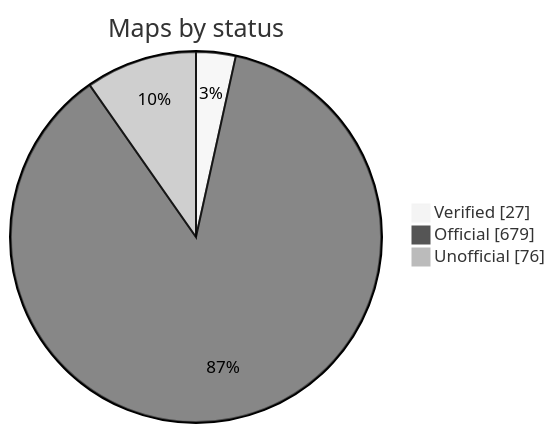
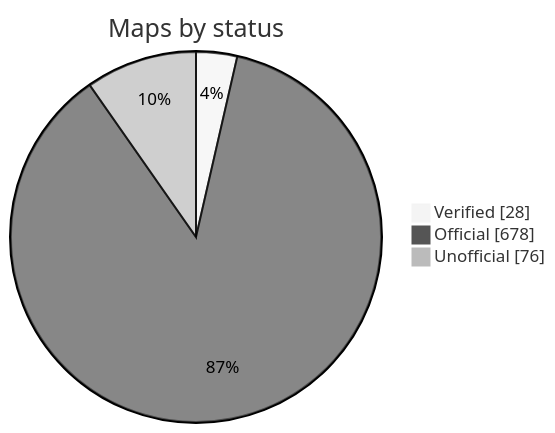
The diagram in README.md (nobrega8/mbmap-library), drawn with Mermaid (neutral theme) before and after one commit. The commit also changed 7 other files, not shown here.

````diff
--- a/README.md
+++ b/README.md
@@ -52,7 +52,7 @@
 ```mermaid
 pie showData
     title Maps by status
-    "Verified" : 27
-    "Official" : 679
+    "Verified" : 28
+    "Official" : 678
     "Unofficial" : 76
 ```
````
